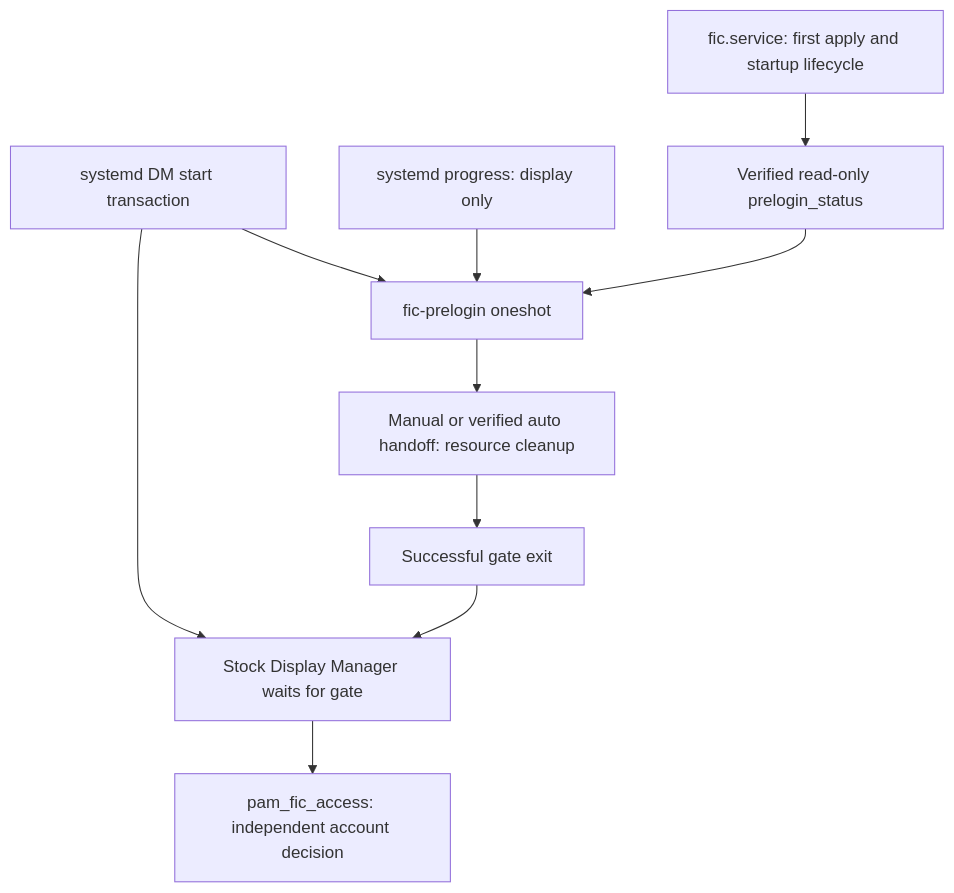
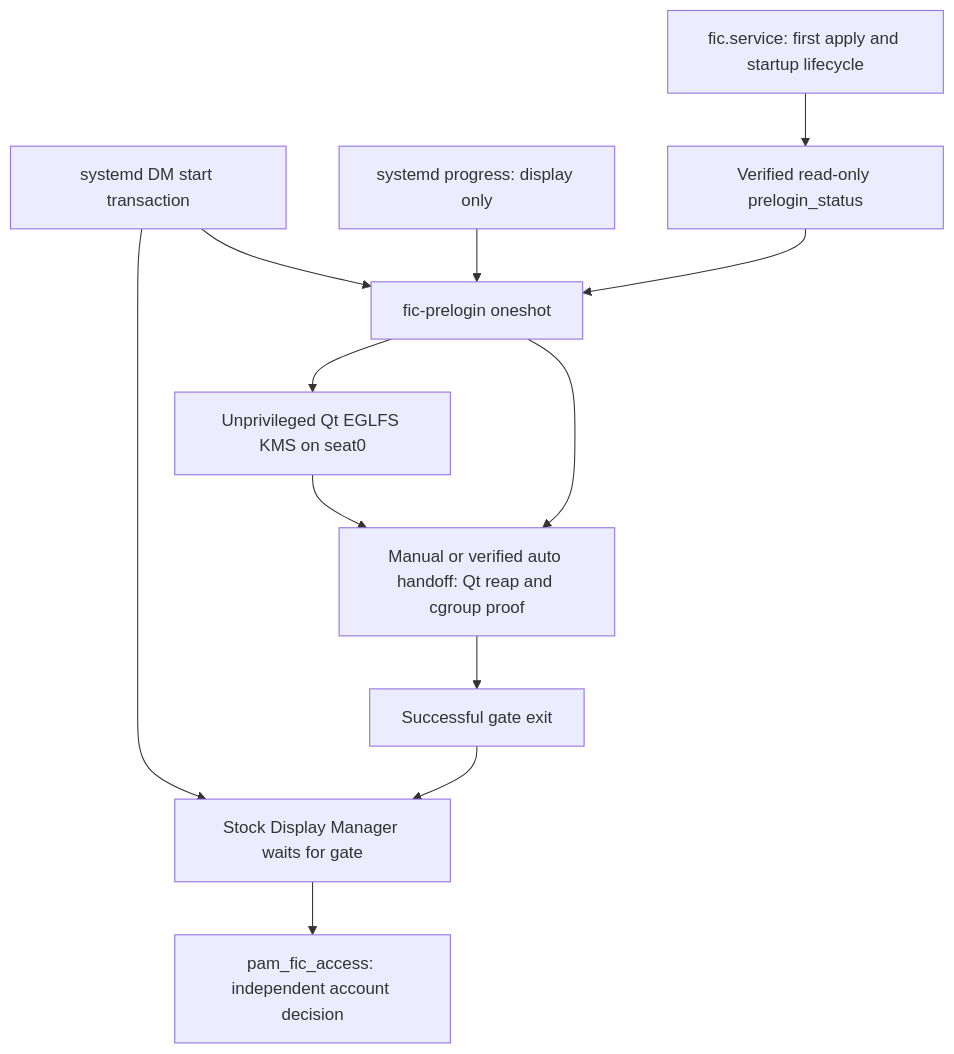
Diagram 21 of 21 in docs/architecture-diagrams.md (RevoltStar/FIC), drawn with Mermaid before and after one commit. The commit also changed 30 other files, not shown here.

Commit message:
Add Qt DRM KMS pre-login screen and safe display-manager handoff

````diff
--- a/docs/architecture-diagrams.md
+++ b/docs/architecture-diagrams.md
@@ -1646,12 +1646,14 @@
 ```mermaid
 flowchart TD
     transaction[systemd DM start transaction] --> gate[fic-prelogin oneshot]
     transaction --> dm[Stock Display Manager waits for gate]
     daemon[fic.service: first apply and startup lifecycle] --> ipc[Verified read-only prelogin_status]
     progress[systemd progress: display only] --> gate
     ipc --> gate
-    gate --> release[Manual or verified auto handoff: resource cleanup]
+    gate --> frontend[Unprivileged Qt EGLFS KMS on seat0]
+    frontend --> release[Manual or verified auto handoff: Qt reap and cgroup proof]
+    gate --> release
     release --> exit[Successful gate exit]
     exit --> dm
     dm --> pam[pam_fic_access: independent account decision]
 ```
````
